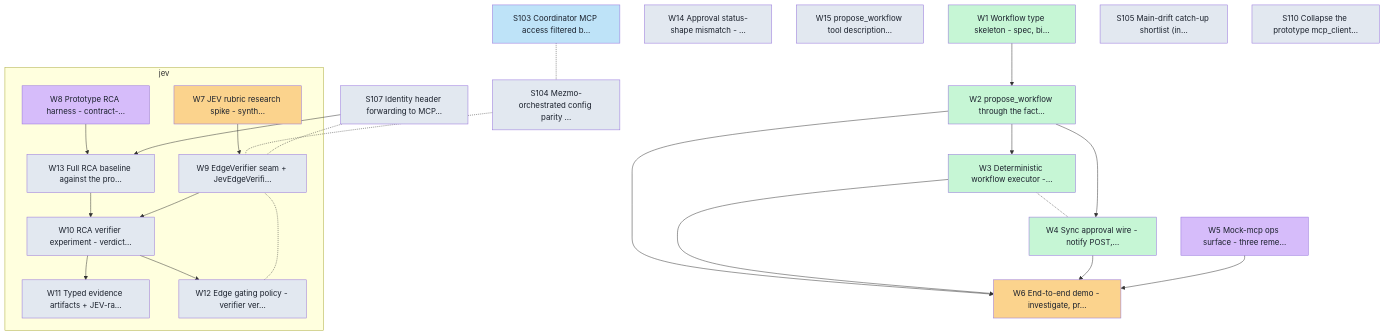
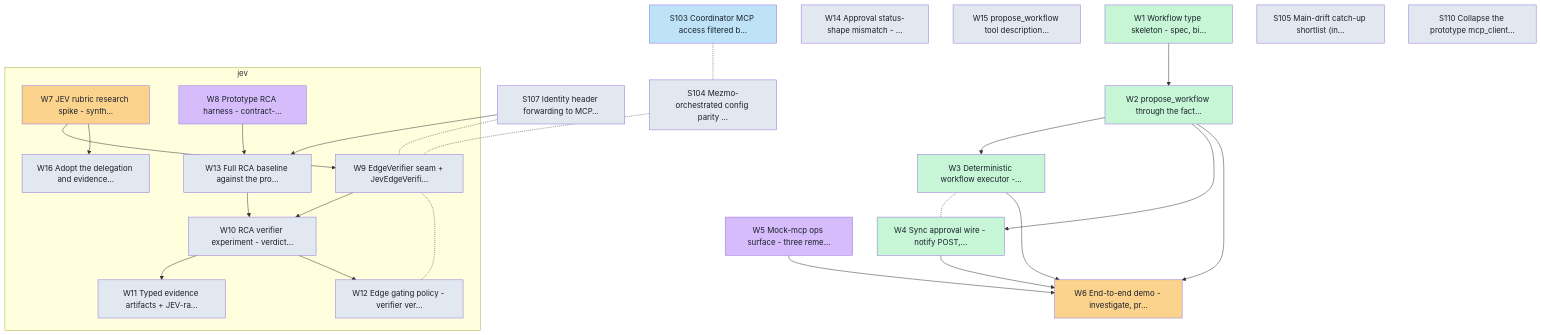
Before and after one commit to Shearerbeard/agent-driver-prototype: the diagram in docs/board/cards/graph.md, drawn with Mermaid. The commit also changed 7 other files, not shown here.

````diff
--- a/docs/board/cards/graph.md
+++ b/docs/board/cards/graph.md
@@ -8,49 +8,51 @@
 ```mermaid
 flowchart TD
   classDef backlog fill:#e2e8f0,color:#1a202c;
   classDef ready fill:#bee3f8,color:#1a202c;
   classDef inprogress fill:#fbd38d,color:#1a202c;
   classDef inreview fill:#d6bcfa,color:#1a202c;
   classDef done fill:#c6f6d5,color:#1a202c;
   subgraph lane_jev["jev"]
     W7["W7 JEV rubric research spike - synth…"]:::inprogress
     W8["W8 Prototype RCA harness - contract-…"]:::inreview
     W9["W9 EdgeVerifier seam + JevEdgeVerifi…"]:::backlog
     W10["W10 RCA verifier experiment - verdict…"]:::backlog
     W11["W11 Typed evidence artifacts + JEV-ra…"]:::backlog
     W12["W12 Edge gating policy - verifier ver…"]:::backlog
     W13["W13 Full RCA baseline against the pro…"]:::backlog
+    W16["W16 Adopt the delegation and evidence…"]:::backlog
   end
   W1["W1 Workflow type skeleton - spec, bi…"]:::done
   W2["W2 propose_workflow through the fact…"]:::done
   W3["W3 Deterministic workflow executor -…"]:::done
   W4["W4 Sync approval wire - notify POST,…"]:::done
   W5["W5 Mock-mcp ops surface - three reme…"]:::inreview
   W6["W6 End-to-end demo - investigate, pr…"]:::inprogress
   W14["W14 Approval status-shape mismatch - …"]:::backlog
   W15["W15 propose_workflow tool description…"]:::backlog
   S103["S103 Coordinator MCP access filtered b…"]:::ready
   S104["S104 Mezmo-orchestrated config parity …"]:::backlog
   S105["S105 Main-drift catch-up shortlist (in…"]:::backlog
   S107["S107 Identity header forwarding to MCP…"]:::backlog
   S110["S110 Collapse the prototype mcp_client…"]:::backlog
   W1 --> W2
   W2 --> W3
   W3 -.- W4
   W2 --> W4
   W2 --> W6
   W3 --> W6
   W4 --> W6
   W5 --> W6
   W7 --> W9
   W13 --> W10
   W9 --> W10
   W10 --> W11
   W10 --> W12
   W12 -.- W9
   W8 --> W13
   S107 --> W13
+  W7 --> W16
   S103 -.- S104
   S104 -.- W9
   S107 -.- W9
 ```
````
